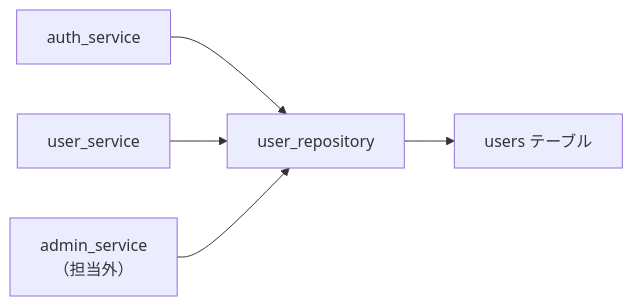
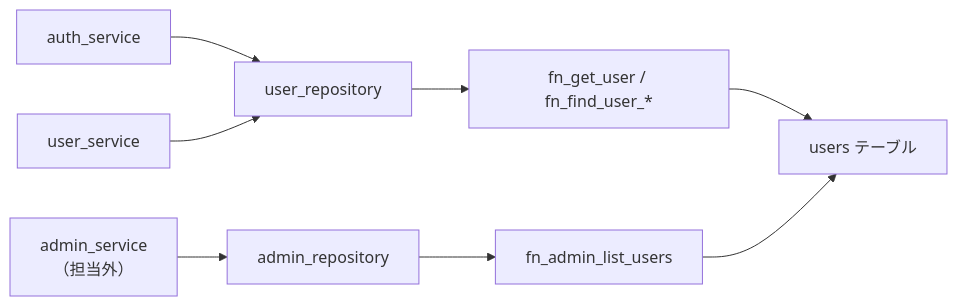
Before and after one commit to oikawa-d/task_management: the third of 3 diagrams in docs/detailed_design/database/01_table_users.md, drawn with Mermaid. The commit also changed other lines of this file and 2 other files, not shown here.

````diff
--- a/docs/detailed_design/database/01_table_users.md
+++ b/docs/detailed_design/database/01_table_users.md
@@ -264,7 +292,10 @@
 ```mermaid
 flowchart LR
     AS["auth_service"] --> URP["user_repository"]
     US["user_service"] --> URP
-    ADS["admin_service<br/>（担当外）"] --> URP
-    URP --> T["users テーブル"]
+    ADS["admin_service<br/>（担当外）"] --> ARP["admin_repository"]
+    URP --> UFN["fn_get_user / fn_find_user_*"]
+    ARP --> AFN["fn_admin_list_users"]
+    UFN --> T["users テーブル"]
+    AFN --> T
 ```
````
